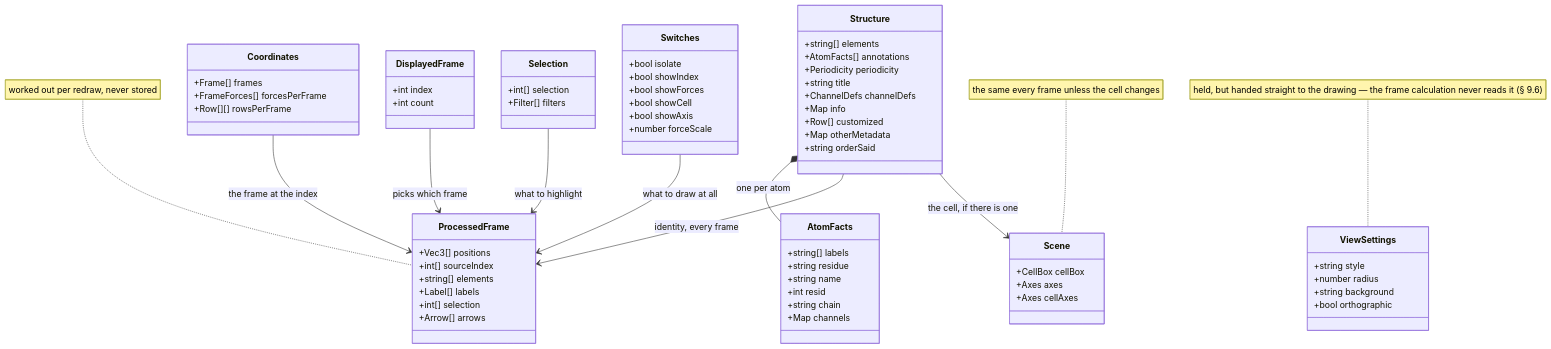
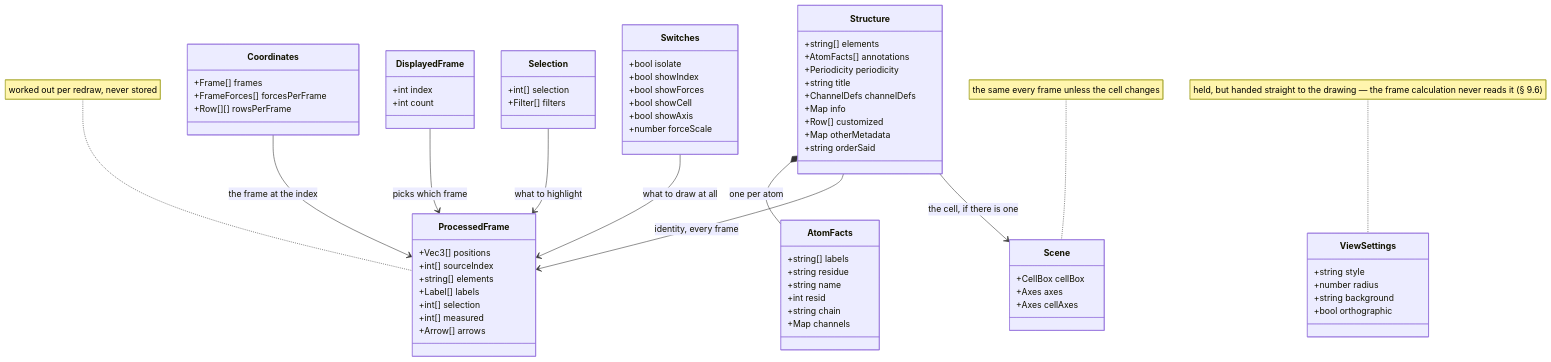
One commit to Qing-LAB/molbuilder changed the second of 10 diagrams in docs/web/molview.md. Above: the diagram before and after it, drawn with Mermaid. The commit also changed other lines of this file and 54 other files, not shown here.

````diff
--- a/docs/web/molview.md
+++ b/docs/web/molview.md
@@ -518,72 +518,73 @@
 ```mermaid
 classDiagram
     class Structure {
       +string[] elements
       +AtomFacts[] annotations
       +Periodicity periodicity
       +string title
       +ChannelDefs channelDefs
       +Map info
       +Row[] customized
       +Map otherMetadata
       +string orderSaid
     }
     class AtomFacts {
       +string[] labels
       +string residue
       +string name
       +int resid
       +string chain
       +Map channels
     }
     class Coordinates {
       +Frame[] frames
       +FrameForces[] forcesPerFrame
       +Row[][] rowsPerFrame
     }
     class DisplayedFrame {
       +int index
       +int count
     }
     class Selection {
       +int[] selection
       +Filter[] filters
     }
     class Switches {
       +bool isolate
       +bool showIndex
       +bool showForces
       +bool showCell
       +bool showAxis
       +number forceScale
     }
     class ProcessedFrame {
       +Vec3[] positions
       +int[] sourceIndex
       +string[] elements
       +Label[] labels
       +int[] selection
+      +int[] measured
       +Arrow[] arrows
     }
     class Scene {
       +CellBox cellBox
       +Axes axes
       +Axes cellAxes
     }
     class ViewSettings {
       +string style
       +number radius
       +string background
       +bool orthographic
     }
     Structure *-- AtomFacts : one per atom
     Structure --> ProcessedFrame : identity, every frame
     Coordinates --> ProcessedFrame : the frame at the index
     DisplayedFrame --> ProcessedFrame : picks which frame
     Selection --> ProcessedFrame : what to highlight
     Switches --> ProcessedFrame : what to draw at all
     Structure --> Scene : the cell, if there is one
     note for ProcessedFrame "worked out per redraw, never stored"
     note for Scene "the same every frame unless the cell changes"
     note for ViewSettings "held, but handed straight to the drawing — the frame calculation never reads it (§ 9.6)"
 ```
````
